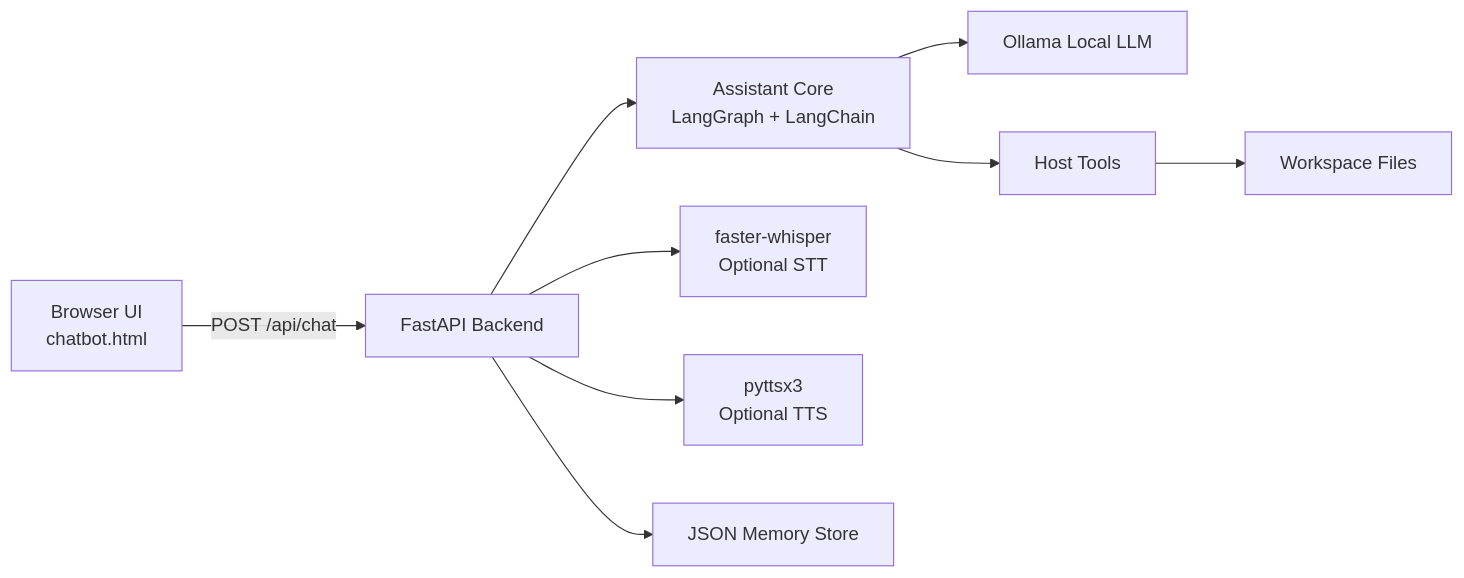
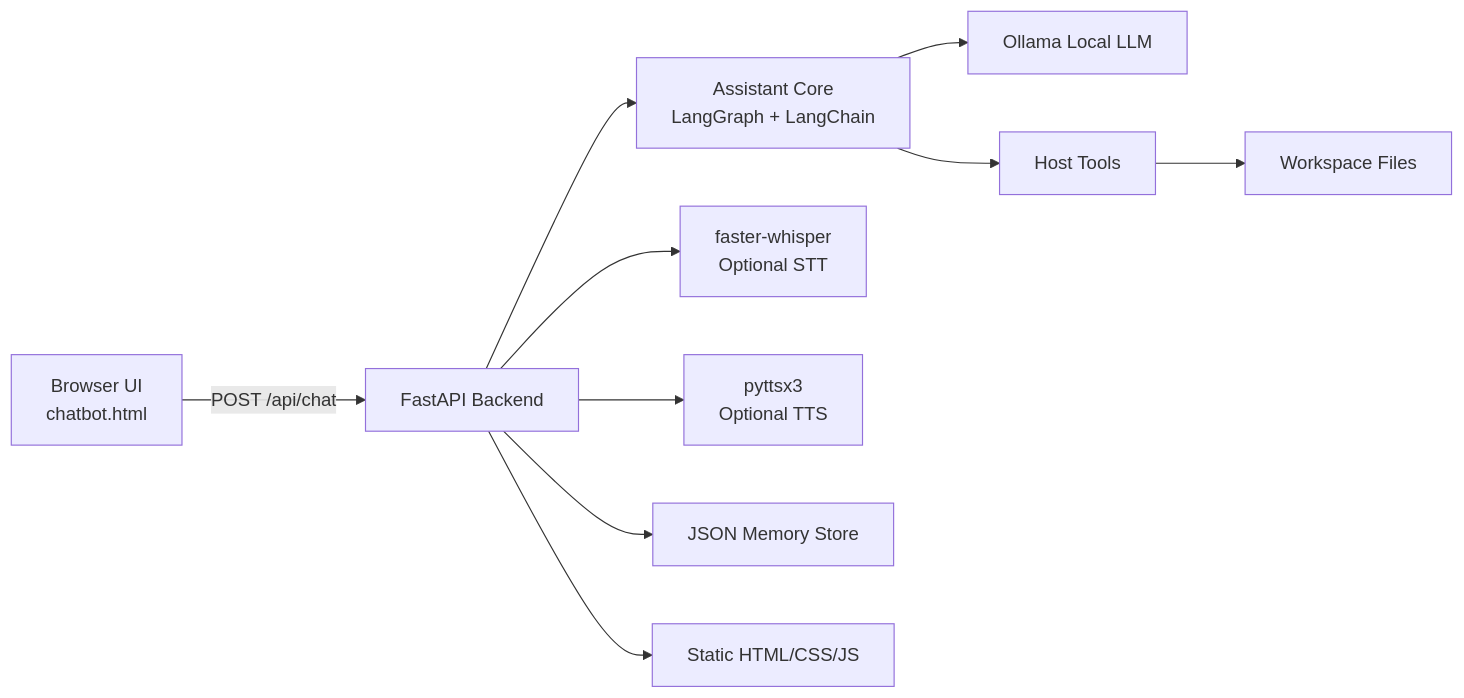
The first of 2 diagrams in README.md (debashish-5/Lofty), drawn with Mermaid before and after one commit. The commit also changed other lines of this file, not shown here.

````diff
--- a/README.md
+++ b/README.md
@@ -123,11 +203,12 @@
 ```mermaid
 flowchart LR
     Browser[Browser UI<br/>chatbot.html] -->|POST /api/chat| API[FastAPI Backend]
     API --> Agent[Assistant Core<br/>LangGraph + LangChain]
     Agent --> Model[Ollama Local LLM]
     Agent --> Tools[Host Tools]
     Tools --> Files[Workspace Files]
     API --> Whisper[faster-whisper<br/>Optional STT]
     API --> TTS[pyttsx3<br/>Optional TTS]
     API --> Memory[JSON Memory Store]
+    API --> Static[Static HTML/CSS/JS]
 ```
````
